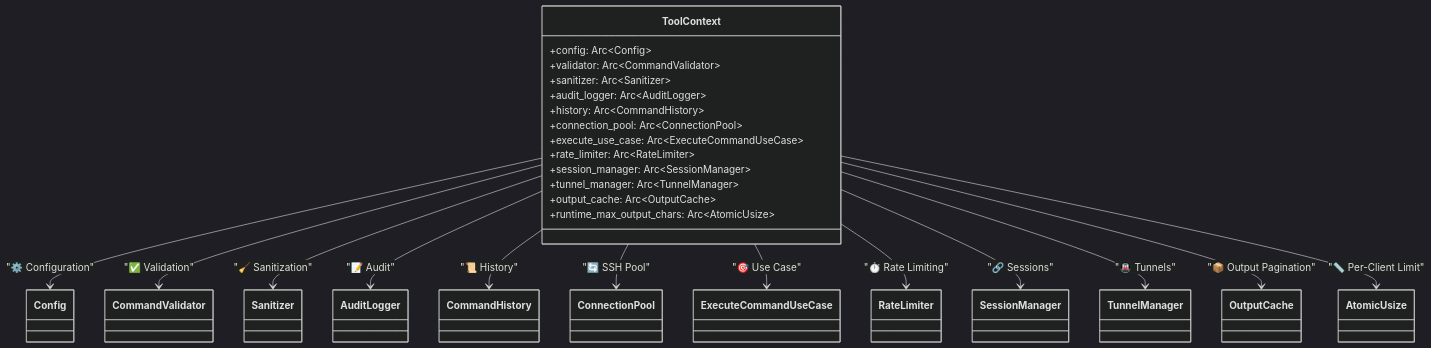
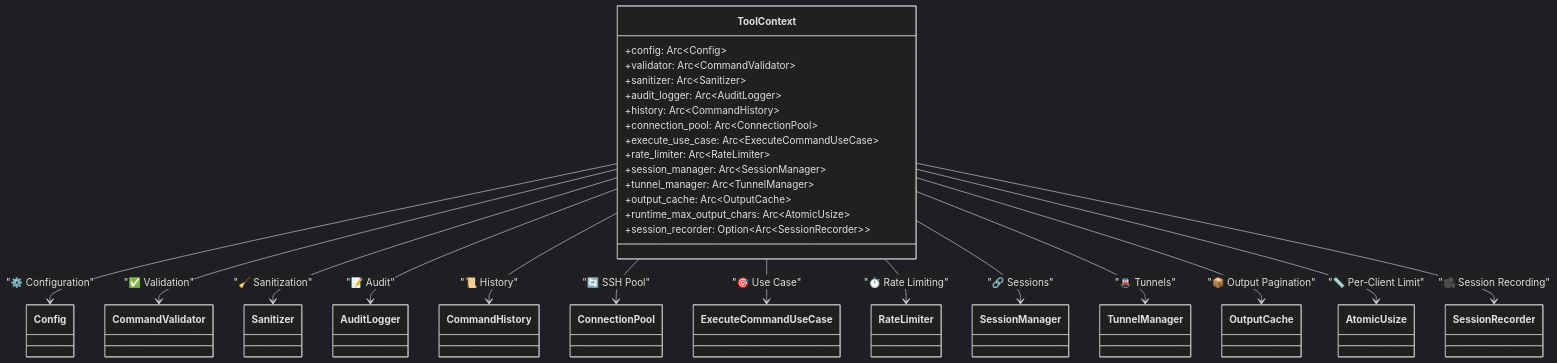
The fourth of 5 diagrams in src/ports/README.md (muchiny/mcp-ssh-bridge), drawn with Mermaid (dark theme) before and after one commit. The commit also changed other lines of this file and 8 other files, not shown here.

````diff
--- a/src/ports/README.md
+++ b/src/ports/README.md
@@ -280,30 +286,32 @@
 ```mermaid
 classDiagram
     class ToolContext {
         +config: Arc~Config~
         +validator: Arc~CommandValidator~
         +sanitizer: Arc~Sanitizer~
         +audit_logger: Arc~AuditLogger~
         +history: Arc~CommandHistory~
         +connection_pool: Arc~ConnectionPool~
         +execute_use_case: Arc~ExecuteCommandUseCase~
         +rate_limiter: Arc~RateLimiter~
         +session_manager: Arc~SessionManager~
         +tunnel_manager: Arc~TunnelManager~
         +output_cache: Arc~OutputCache~
         +runtime_max_output_chars: Arc~AtomicUsize~
+        +session_recorder: Option~Arc~SessionRecorder~~
     }
 
     ToolContext --> Config : "⚙️ Configuration"
     ToolContext --> CommandValidator : "✅ Validation"
     ToolContext --> Sanitizer : "🧹 Sanitization"
     ToolContext --> AuditLogger : "📝 Audit"
     ToolContext --> CommandHistory : "📜 History"
     ToolContext --> ConnectionPool : "🔄 SSH Pool"
     ToolContext --> ExecuteCommandUseCase : "🎯 Use Case"
     ToolContext --> RateLimiter : "⏱️ Rate Limiting"
     ToolContext --> SessionManager : "🔗 Sessions"
     ToolContext --> TunnelManager : "🚇 Tunnels"
     ToolContext --> OutputCache : "📦 Output Pagination"
     ToolContext --> AtomicUsize : "📏 Per-Client Limit"
+    ToolContext --> SessionRecorder : "🎥 Session Recording"
 ```
````
